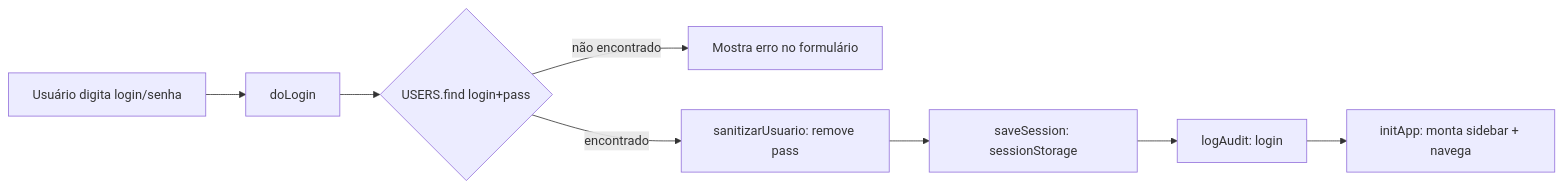
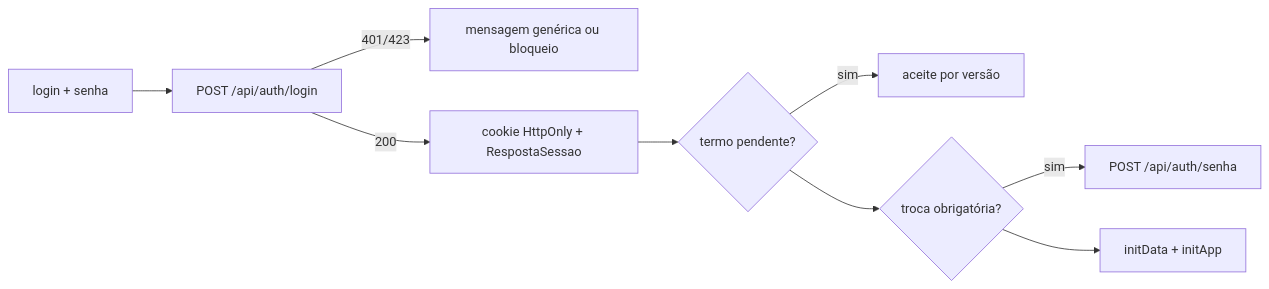
One commit to RafaelNazareth/prontuario changed the third of 4 diagrams in docs/ARCHITECTURE_CURRENT.md. Above: the diagram before and after it, drawn with Mermaid. The commit also changed other lines of this file and 69 other files, not shown here.

````diff
--- a/docs/ARCHITECTURE_CURRENT.md
+++ b/docs/ARCHITECTURE_CURRENT.md
@@ -92,10 +111,11 @@
 ```mermaid
 flowchart LR
-    A[Usuário digita login/senha] --> B[doLogin]
-    B --> C{USERS.find login+pass}
-    C -- não encontrado --> D[Mostra erro no formulário]
-    C -- encontrado --> E[sanitizarUsuario: remove pass]
-    E --> F[saveSession: sessionStorage]
-    F --> G[logAudit: login]
-    G --> H[initApp: monta sidebar + navega]
+    A[login + senha] --> B[POST /api/auth/login]
+    B -- 401/423 --> C[mensagem genérica ou bloqueio]
+    B -- 200 --> D[cookie HttpOnly + RespostaSessao]
+    D --> E{termo pendente?}
+    E -- sim --> F[aceite por versão]
+    E --> G{troca obrigatória?}
+    G -- sim --> H[POST /api/auth/senha]
+    G --> I[initData + initApp]
 ```
````
